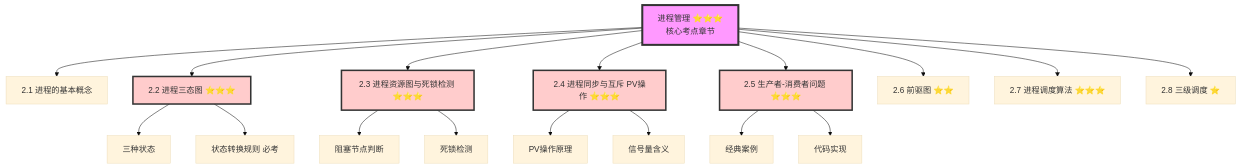
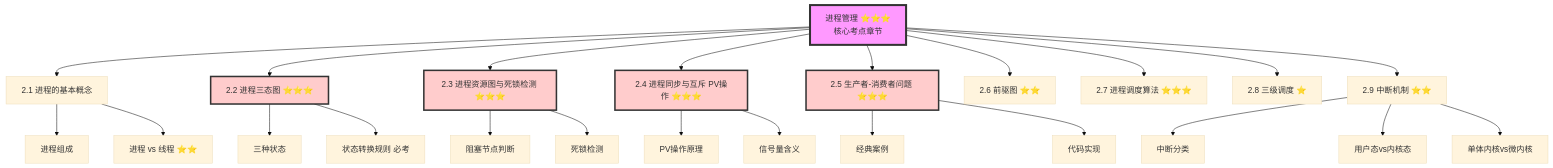
One commit to smileshy0104/RuanKao changed the first of 51 diagrams in 第二章-2-进程管理.md. Above: the diagram before and after it, drawn with Mermaid (base theme). The commit also changed other lines of this file and 2 other files, not shown here.

````diff
--- a/第二章-2-进程管理.md
+++ b/第二章-2-进程管理.md
@@ -9,29 +9,37 @@
 ```mermaid
 graph TB
     A[进程管理 ⭐⭐⭐<br/>核心考点章节] --> B[2.1 进程的基本概念]
     A --> C[2.2 进程三态图 ⭐⭐⭐]
     A --> D[2.3 进程资源图与死锁检测 ⭐⭐⭐]
     A --> E[2.4 进程同步与互斥 PV操作 ⭐⭐⭐]
     A --> F[2.5 生产者-消费者问题 ⭐⭐⭐]
     A --> G[2.6 前驱图 ⭐⭐]
     A --> H[2.7 进程调度算法 ⭐⭐⭐]
     A --> I[2.8 三级调度 ⭐]
+    A --> J[2.9 中断机制 ⭐⭐]
+
+    B --> B1[进程组成]
+    B --> B2[进程 vs 线程 ⭐⭐]
 
     C --> C1[三种状态]
     C --> C2[状态转换规则 必考]
 
     D --> D1[阻塞节点判断]
     D --> D2[死锁检测]
 
     E --> E1[PV操作原理]
     E --> E2[信号量含义]
 
     F --> F1[经典案例]
     F --> F2[代码实现]
 
+    J --> J1[中断分类]
+    J --> J2[用户态vs内核态]
+    J --> J3[单体内核vs微内核]
+
     style A fill:#f9f,stroke:#333,stroke-width:4px
     style C fill:#fcc,stroke:#333,stroke-width:3px
     style D fill:#fcc,stroke:#333,stroke-width:3px
     style E fill:#fcc,stroke:#333,stroke-width:3px
     style F fill:#fcc,stroke:#333,stroke-width:3px
 ```
````
